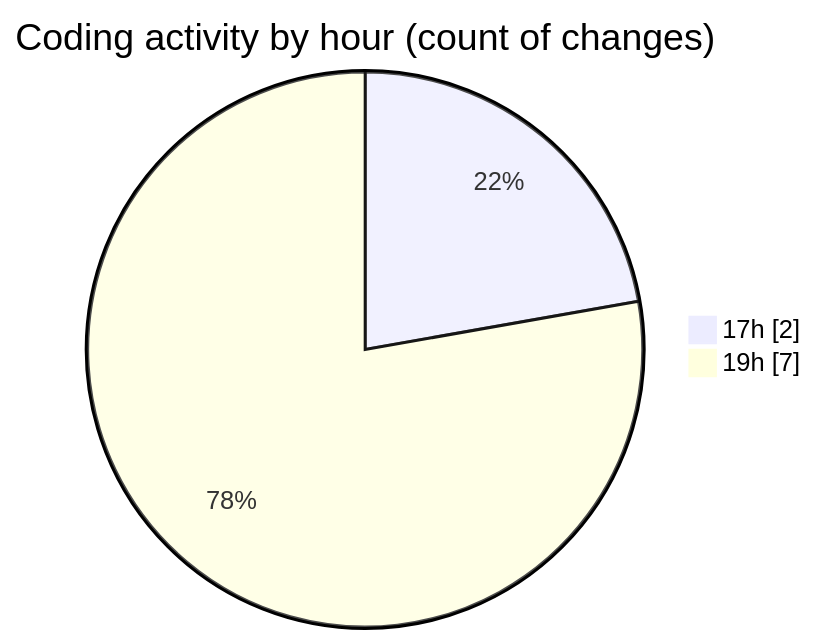
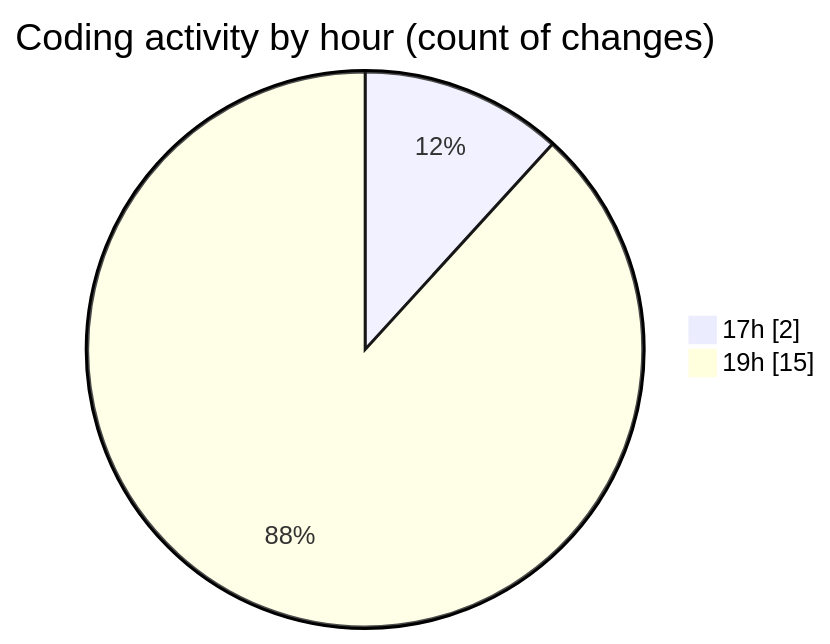
One commit to Netris89/code-tracking changed the second of 2 diagrams in 2025-10-21/skintrack/README.md. Above: the diagram before and after it, drawn with Mermaid. The commit also changed other lines of this file and 1 other file, not shown here.

````diff
--- a/2025-10-21/skintrack/README.md
+++ b/2025-10-21/skintrack/README.md
@@ -31,6 +39,6 @@
 ```mermaid
 pie showData
 title Coding activity by hour (count of changes)
 "17h" : 2
-"19h" : 7
+"19h" : 15
 ```
````
